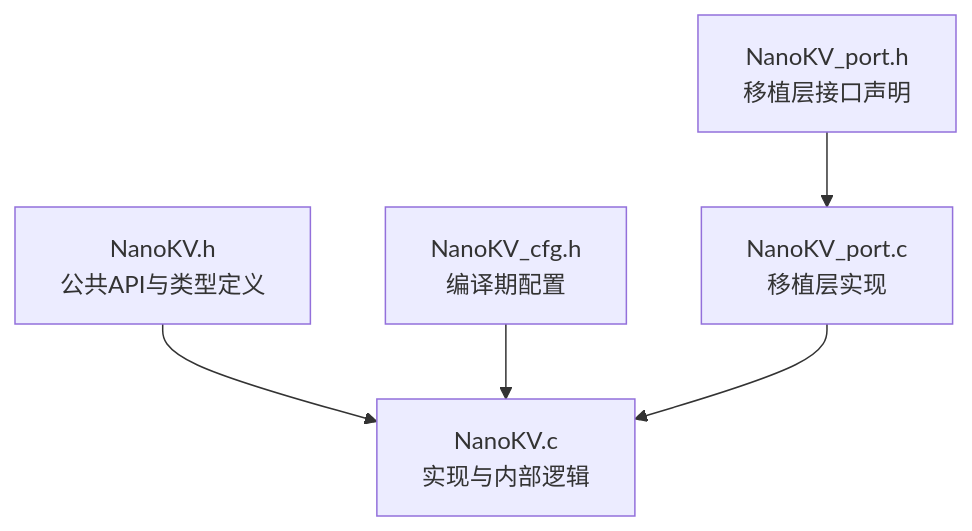
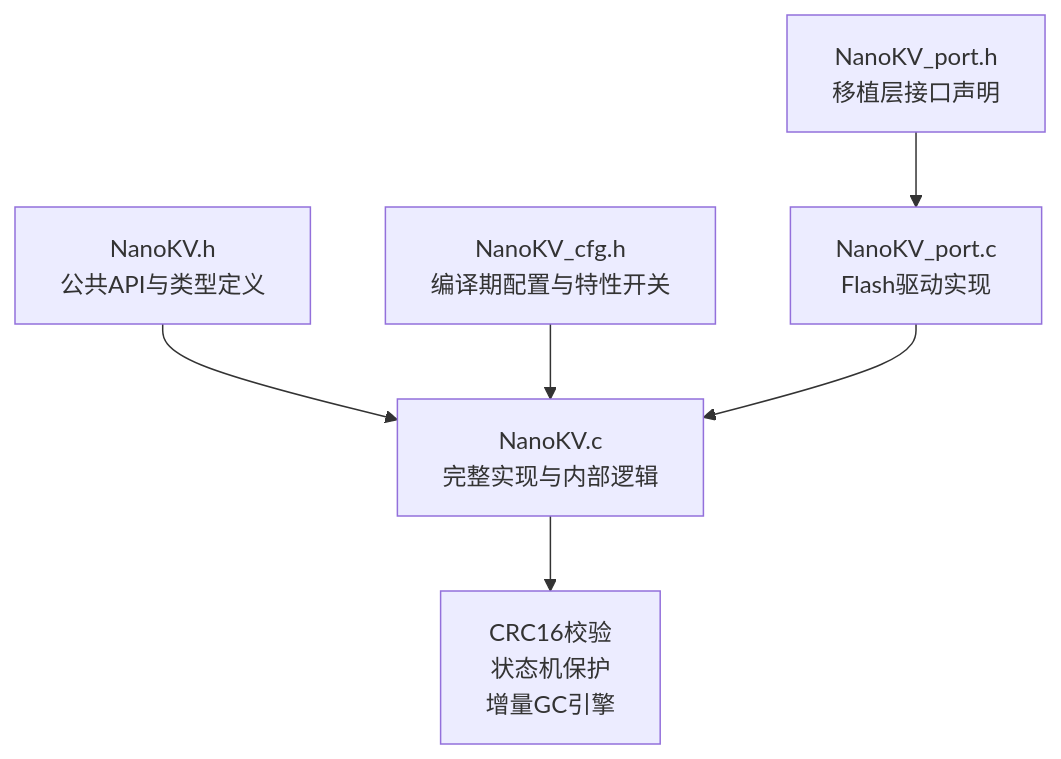
The first of 3 diagrams in .qoder/repowiki/zh/content/API参考手册/初始化与维护API.md (causebefore/microkv-module), drawn with Mermaid before and after one commit. The commit also changed other lines of this file and 10 other files, not shown here.

````diff
--- a/.qoder/repowiki/zh/content/API参考手册/初始化与维护API.md
+++ b/.qoder/repowiki/zh/content/API参考手册/初始化与维护API.md
@@ -30,7 +38,8 @@
 ```mermaid
 graph TB
-A["NanoKV.h<br/>公共API与类型定义"] --> B["NanoKV.c<br/>实现与内部逻辑"]
-C["NanoKV_cfg.h<br/>编译期配置"] --> B
-D["NanoKV_port.h<br/>移植层接口声明"] --> E["NanoKV_port.c<br/>移植层实现"]
+A["NanoKV.h<br/>公共API与类型定义"] --> B["NanoKV.c<br/>完整实现与内部逻辑"]
+C["NanoKV_cfg.h<br/>编译期配置与特性开关"] --> B
+D["NanoKV_port.h<br/>移植层接口声明"] --> E["NanoKV_port.c<br/>Flash驱动实现"]
 E --> B
+B --> F["CRC16校验<br/>状态机保护<br/>增量GC引擎"]
 ```
````
